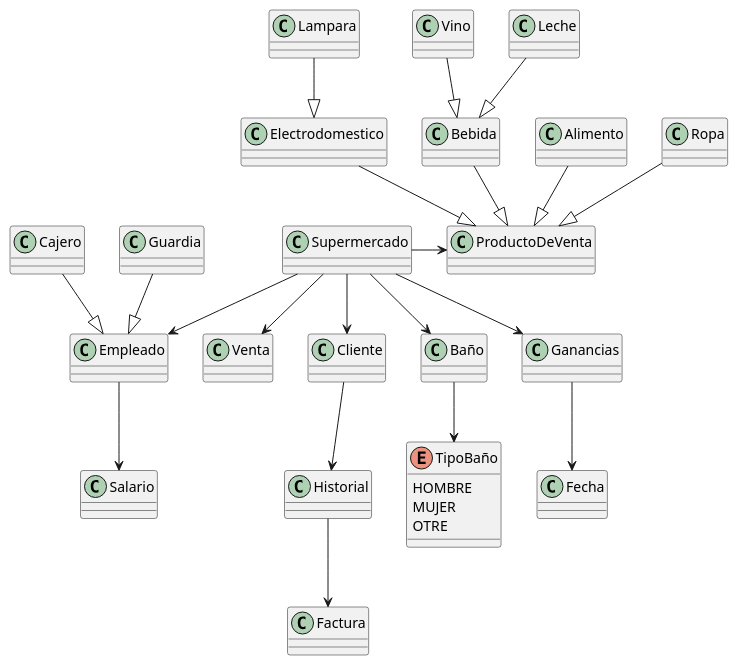
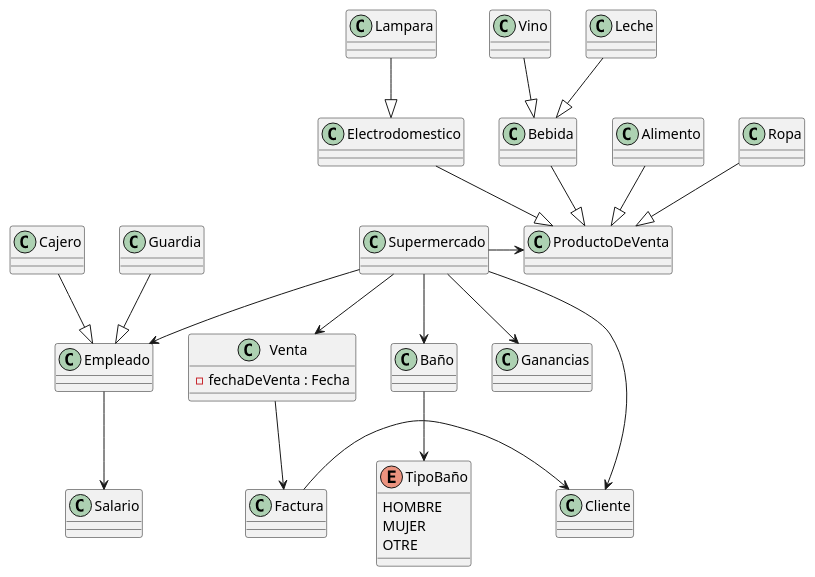
Before and after one commit to FernandoHuilca/EPN-FernandoHuilca: the diagram in Segundo Semestre/Practicas Personales/Practica_Herencia/src/Diagramas.puml, drawn with PlantUML. The commit also changed 13 other files, not shown here.

```diff
--- a/Segundo Semestre/Practicas Personales/Practica_Herencia/src/Diagramas.puml
+++ b/Segundo Semestre/Practicas Personales/Practica_Herencia/src/Diagramas.puml
@@ -1,40 +1,44 @@
 @startuml
 'https://plantuml.com/class-diagram
 
 class Supermercado {
 }
 
 Lampara --|> Electrodomestico
 Electrodomestico --|> ProductoDeVenta
 Bebida --|> ProductoDeVenta
 Alimento --|> ProductoDeVenta
 Ropa --|> ProductoDeVenta
 Vino --|> Bebida
 Leche --|> Bebida
 
 
 Supermercado -> ProductoDeVenta
 Supermercado --> Empleado
 Supermercado --> Venta
 Cajero --|> Empleado
 Guardia --|> Empleado
 Supermercado --> Cliente
 Supermercado --> Baño
 Baño --> TipoBaño
 Supermercado --> Ganancias
-Ganancias --> Fecha
-Cliente --> Historial
-Historial --> Factura
+Venta --> Factura
+Factura -> Cliente
+
 Empleado --> Salario
 
 class Ganancias {
 
 }
 
 enum TipoBaño {
     HOMBRE
     MUJER
     OTRE
 }
 
+class Venta {
+ - fechaDeVenta : Fecha
+}
+
 @enduml
```
